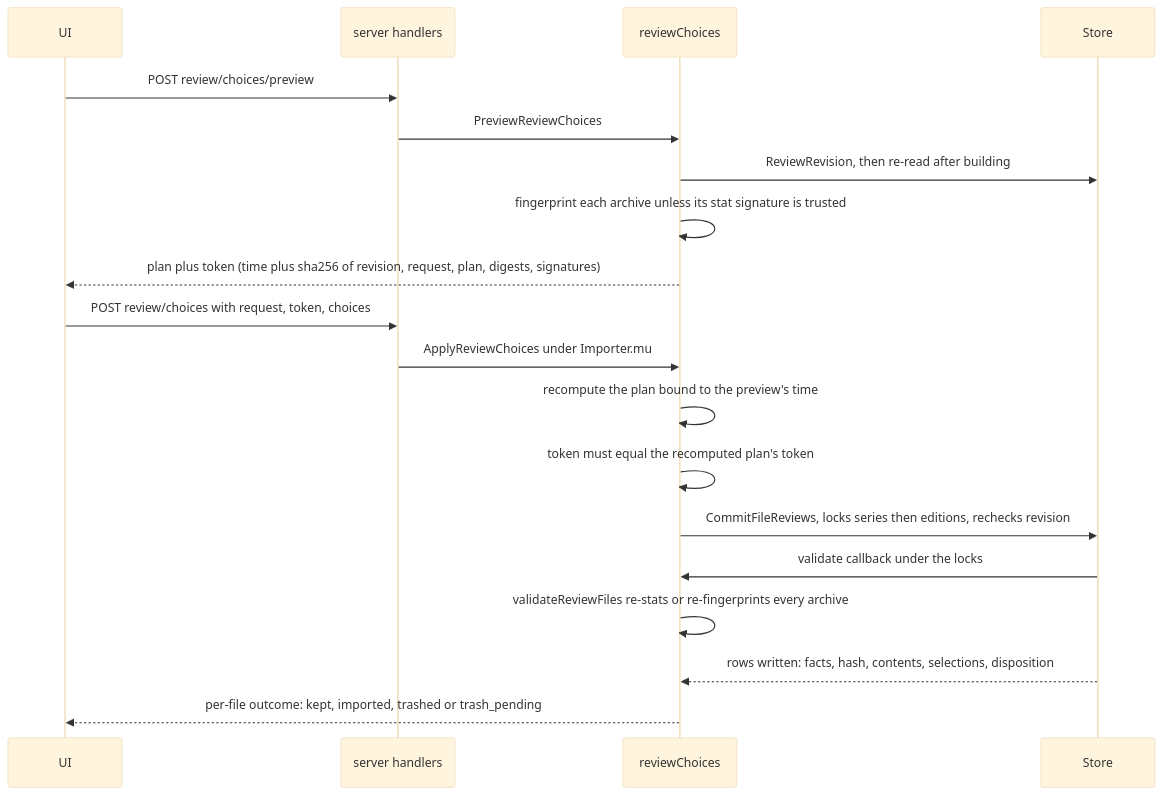
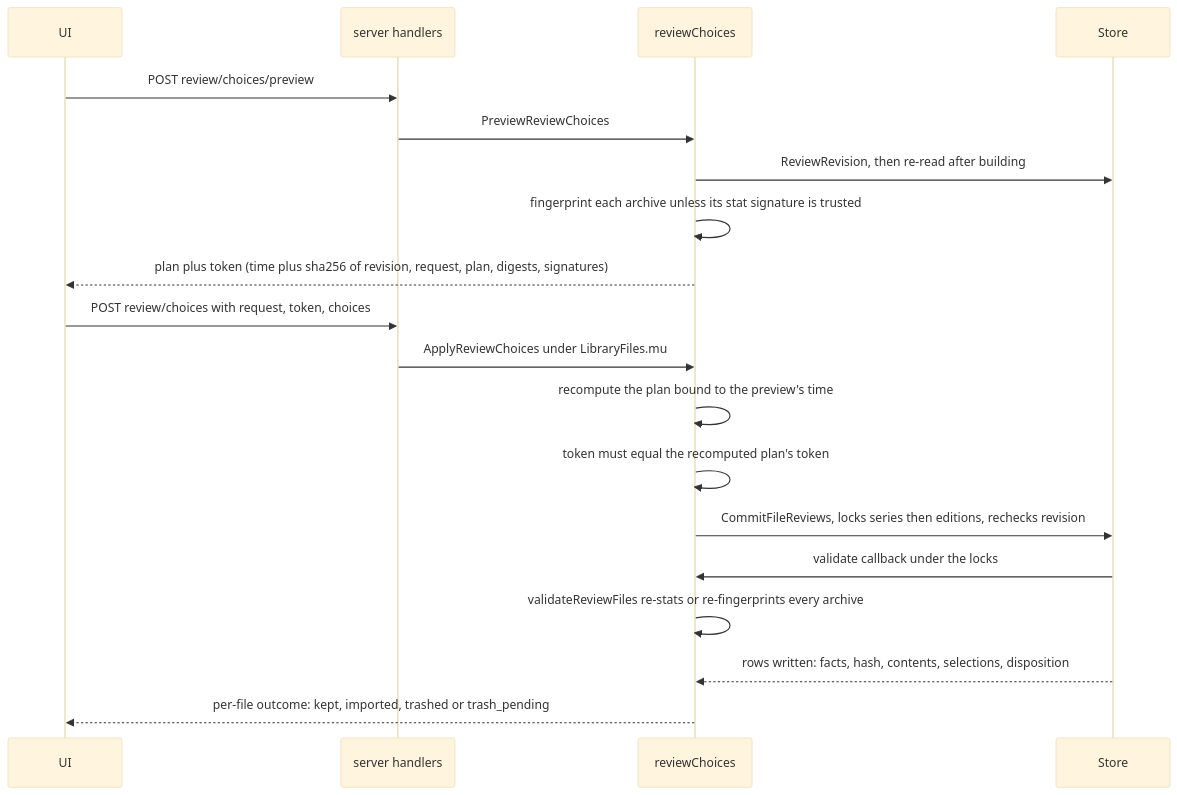
The second of 3 diagrams in docs/domain/import-review.md (h-wb/sento), drawn with Mermaid (base theme) before and after one commit. The commit also changed other lines of this file and 120 other files, not shown here.

````diff
--- a/docs/domain/import-review.md
+++ b/docs/domain/import-review.md
@@ -228,21 +228,21 @@
 ```mermaid
 sequenceDiagram
     participant UI
     participant Server as server handlers
     participant Svc as reviewChoices
     participant Store
     UI->>Server: POST review/choices/preview
     Server->>Svc: PreviewReviewChoices
     Svc->>Store: ReviewRevision, then re-read after building
     Svc->>Svc: fingerprint each archive unless its stat signature is trusted
     Svc-->>UI: plan plus token (time plus sha256 of revision, request, plan, digests, signatures)
     UI->>Server: POST review/choices with request, token, choices
-    Server->>Svc: ApplyReviewChoices under Importer.mu
+    Server->>Svc: ApplyReviewChoices under LibraryFiles.mu
     Svc->>Svc: recompute the plan bound to the preview's time
     Svc->>Svc: token must equal the recomputed plan's token
     Svc->>Store: CommitFileReviews, locks series then editions, rechecks revision
     Store->>Svc: validate callback under the locks
     Svc->>Svc: validateReviewFiles re-stats or re-fingerprints every archive
     Store-->>Svc: rows written: facts, hash, contents, selections, disposition
     Svc-->>UI: per-file outcome: kept, imported, trashed or trash_pending
 ```
````
